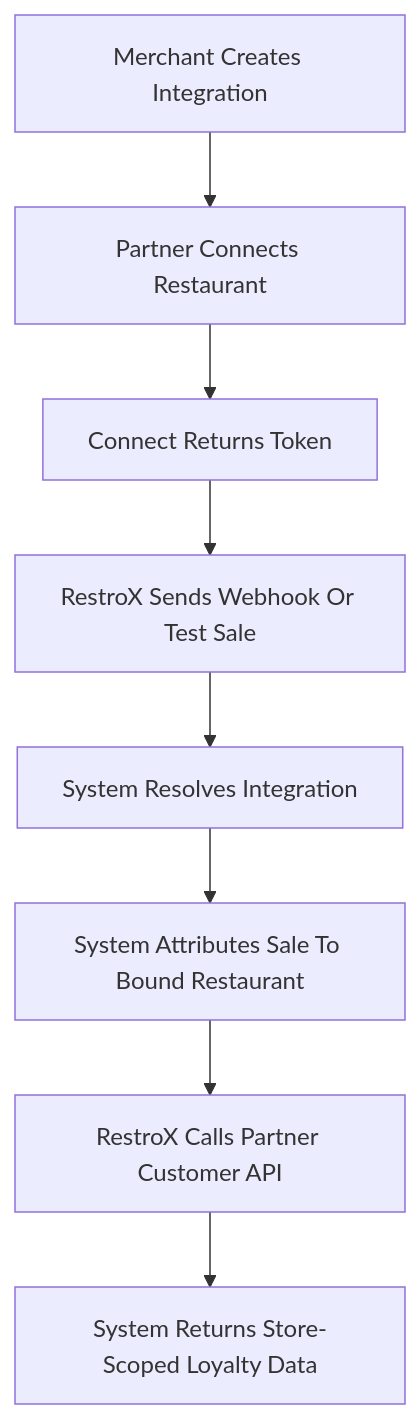
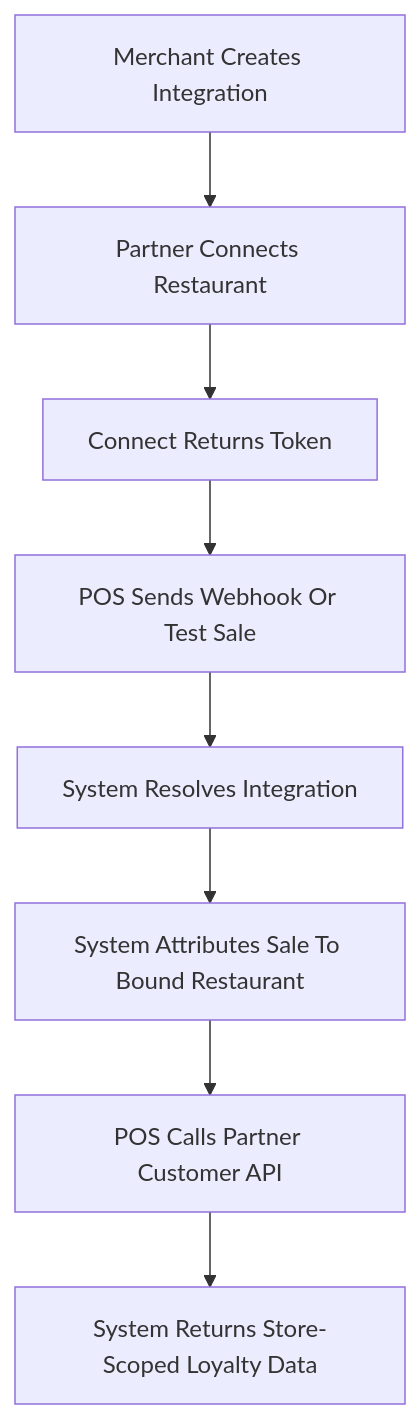
Before and after one commit to krischal07/docs: the diagram in PARTNER-HANDOFF.md, drawn with Mermaid. The commit also changed other lines of this file and 99 other files, not shown here.

````diff
--- a/PARTNER-HANDOFF.md
+++ b/PARTNER-HANDOFF.md
@@ -21,10 +21,10 @@
 ```mermaid
 flowchart TD
   A["Merchant Creates Integration"] --> B["Partner Connects Restaurant"]
   B --> C["Connect Returns Token"]
-  C --> D["RestroX Sends Webhook Or Test Sale"]
+  C --> D["POS Sends Webhook Or Test Sale"]
   D --> E["System Resolves Integration"]
   E --> F["System Attributes Sale To Bound Restaurant"]
-  F --> G["RestroX Calls Partner Customer API"]
+  F --> G["POS Calls Partner Customer API"]
   G --> H["System Returns Store-Scoped Loyalty Data"]
 ```
````
